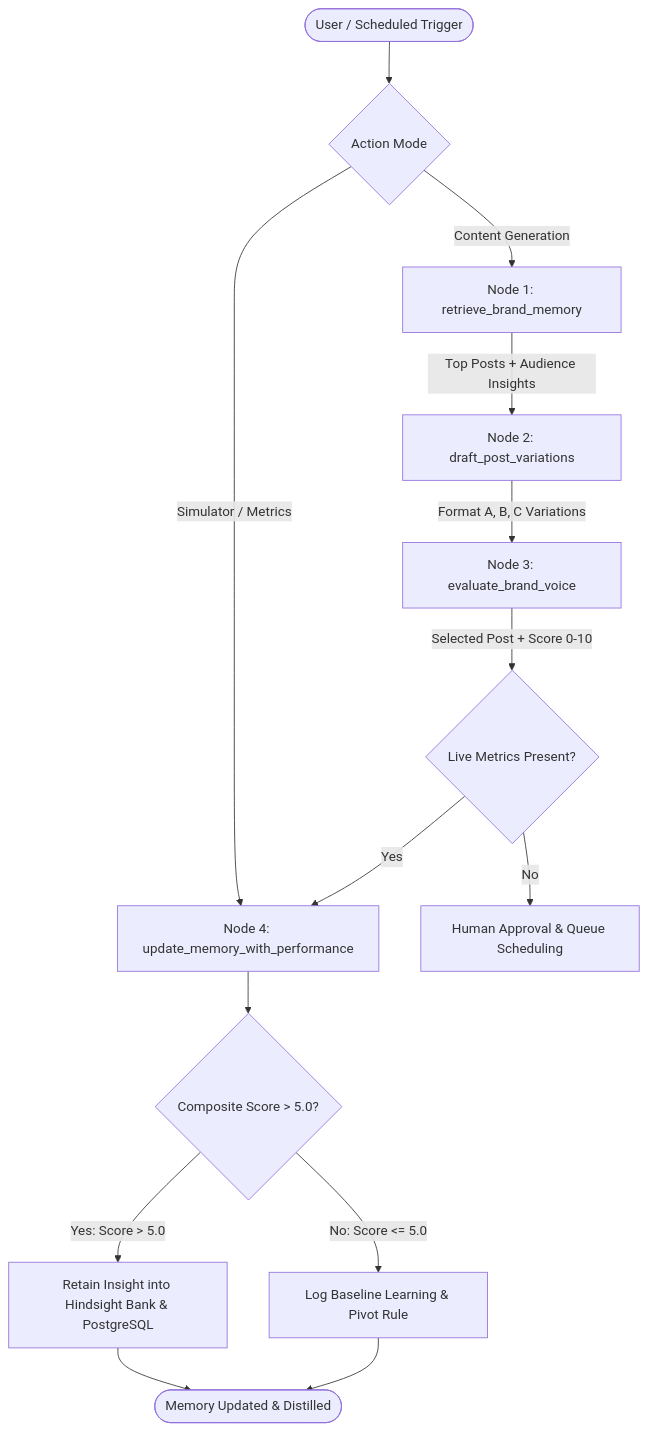
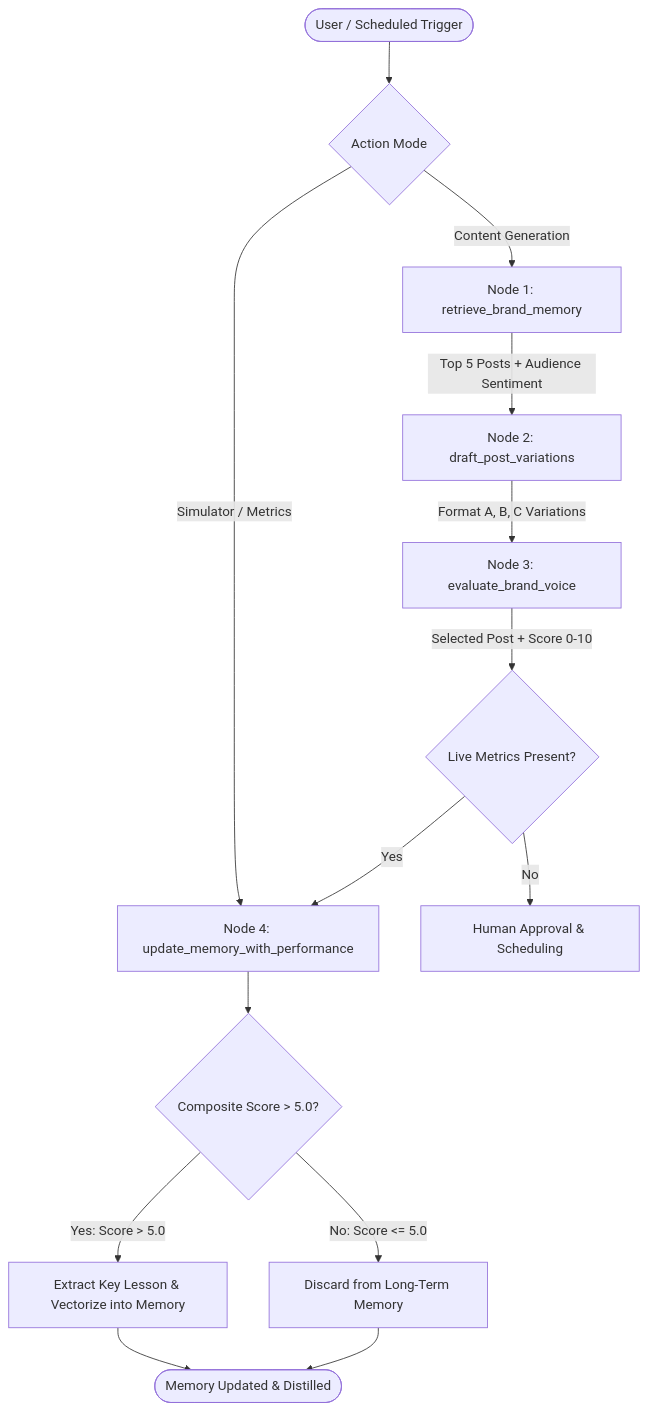
Before and after one commit to XiaoArnav/sociotrack: the diagram in README.md, drawn with Mermaid. The commit also changed other lines of this file and 18 other files, not shown here.

````diff
--- a/README.md
+++ b/README.md
@@ -12,23 +11,23 @@
 ```mermaid
 flowchart TD
     START([User / Scheduled Trigger]) --> RouteCheck{Action Mode}
 
     %% Performance Feedback Direct Path
     RouteCheck -->|Simulator / Metrics| Node4[Node 4: update_memory_with_performance]
 
     %% Generation Path
     RouteCheck -->|Content Generation| Node1[Node 1: retrieve_brand_memory]
-    Node1 -->|Top Posts + Audience Insights| Node2[Node 2: draft_post_variations]
+    Node1 -->|Top 5 Posts + Audience Sentiment| Node2[Node 2: draft_post_variations]
     Node2 -->|Format A, B, C Variations| Node3[Node 3: evaluate_brand_voice]
     Node3 -->|Selected Post + Score 0-10| PostEvalCheck{Live Metrics Present?}
 
-    PostEvalCheck -->|No| Approval[Human Approval & Queue Scheduling]
+    PostEvalCheck -->|No| Approval[Human Approval & Scheduling]
     PostEvalCheck -->|Yes| Node4
 
     %% Node 4 Scoring & Learning
     Node4 --> ScoreCheck{Composite Score > 5.0?}
-    ScoreCheck -->|Yes: Score > 5.0| RetainHindsight[Retain Insight into Hindsight Bank & PostgreSQL]
-    ScoreCheck -->|No: Score <= 5.0| Discard[Log Baseline Learning & Pivot Rule]
-    RetainHindsight --> END_UPDATE([Memory Updated & Distilled])
+    ScoreCheck -->|Yes: Score > 5.0| Embed[Extract Key Lesson & Vectorize into Memory]
+    ScoreCheck -->|No: Score <= 5.0| Discard[Discard from Long-Term Memory]
+    Embed --> END_UPDATE([Memory Updated & Distilled])
     Discard --> END_UPDATE
 ```
````
